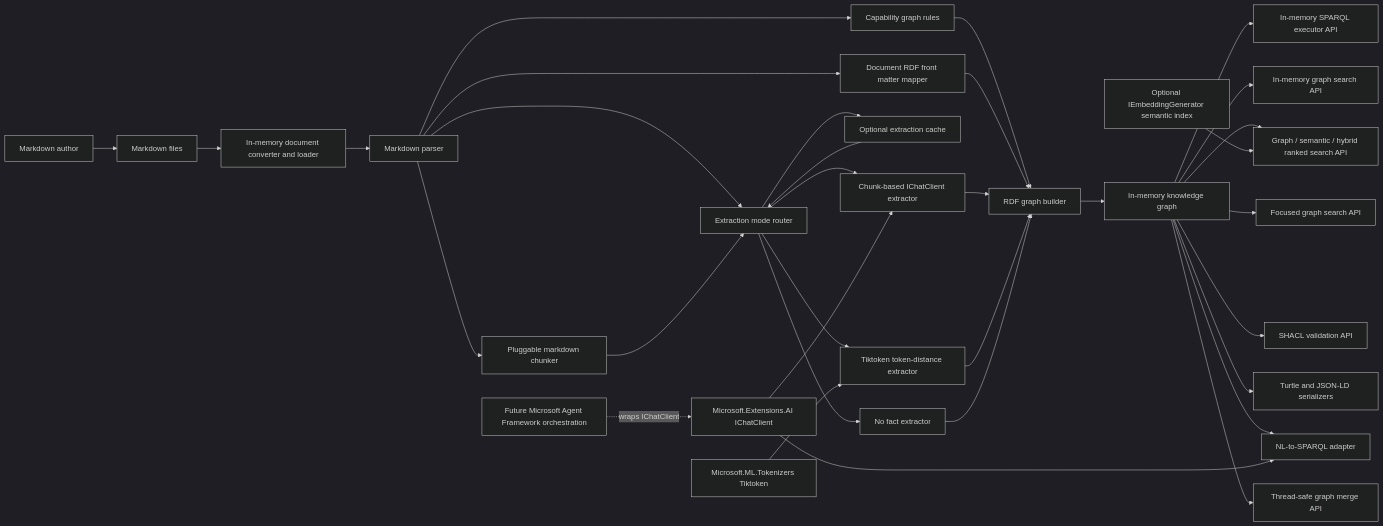
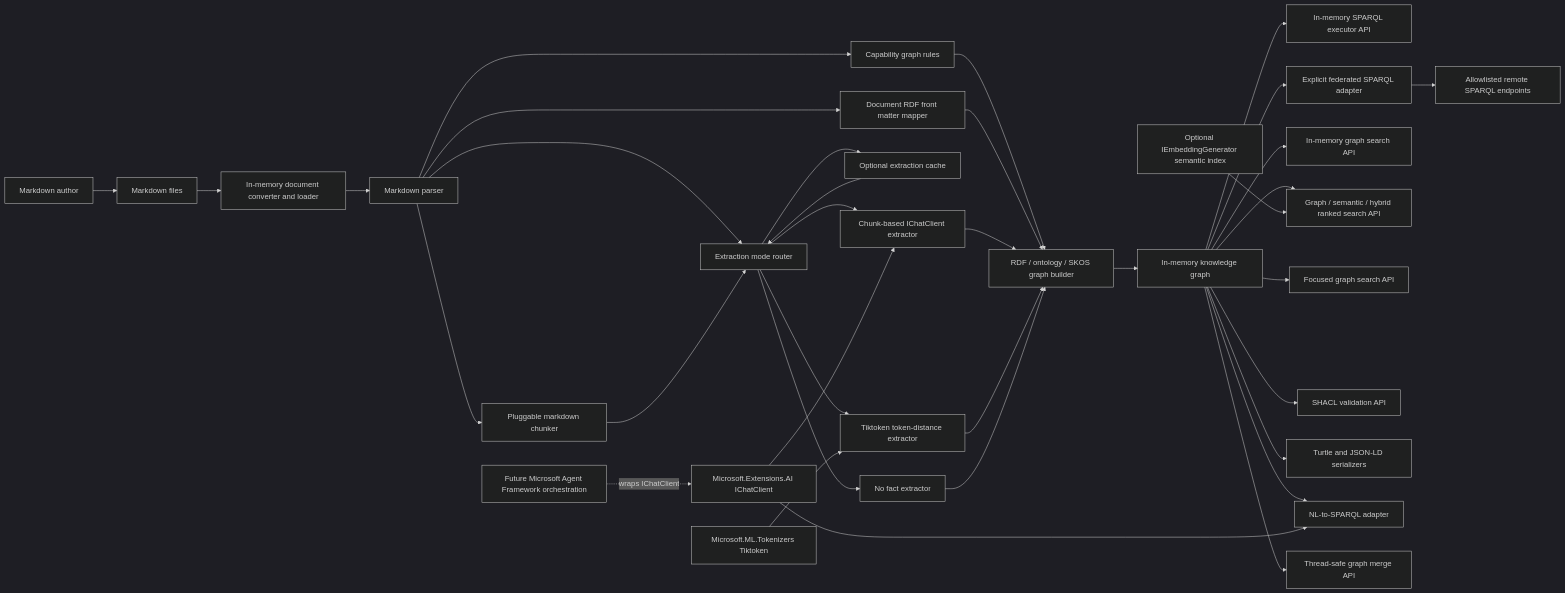
One commit to managedcode/markdown-ld-kb changed the first of 7 diagrams in docs/Architecture.md. Above: the diagram before and after it, drawn with Mermaid (dark theme). The commit also changed other lines of this file and 22 other files, not shown here.

Commit message:
federated-sparql-wikidata and ontology-skos-federated-graph

````diff
--- a/docs/Architecture.md
+++ b/docs/Architecture.md
@@ -17,35 +17,37 @@
 ```mermaid
 flowchart LR
     Author["Markdown author"] --> MarkdownFiles["Markdown files"]
     MarkdownFiles --> Loader["In-memory document converter and loader"]
     Loader --> Parser["Markdown parser"]
     Parser --> Chunker["Pluggable markdown chunker"]
     Parser --> Router["Extraction mode router"]
     Parser --> Rules["Capability graph rules"]
     Parser --> Metadata["Document RDF front matter mapper"]
     Chunker --> Router
     Router --> Cache["Optional extraction cache"]
     Router --> ChatExtractor["Chunk-based IChatClient extractor"]
     Router --> TokenExtractor["Tiktoken token-distance extractor"]
     Router --> NoExtractor["No fact extractor"]
     Cache --> Router
     Rules --> Builder
     Metadata --> Builder
-    ChatExtractor --> Builder["RDF graph builder"]
+    ChatExtractor --> Builder["RDF / ontology / SKOS graph builder"]
     TokenExtractor --> Builder
     NoExtractor --> Builder
     Builder --> Graph["In-memory knowledge graph"]
     Graph --> Sparql["In-memory SPARQL executor API"]
+    Graph --> Federated["Explicit federated SPARQL adapter"]
     Graph --> Search["In-memory graph search API"]
     Graph --> Ranked["Graph / semantic / hybrid ranked search API"]
     Graph --> Focused["Focused graph search API"]
     Graph --> Shacl["SHACL validation API"]
     Graph --> Serializers["Turtle and JSON-LD serializers"]
     Graph --> NlToSparql["NL-to-SPARQL adapter"]
     Graph --> Merge["Thread-safe graph merge API"]
+    Federated --> RemoteSparql["Allowlisted remote SPARQL endpoints"]
     Embedder["Optional IEmbeddingGenerator semantic index"] --> Ranked
     IChatClient["Microsoft.Extensions.AI IChatClient"] --> ChatExtractor
     IChatClient --> NlToSparql
     Tokenizer["Microsoft.ML.Tokenizers Tiktoken"] --> TokenExtractor
     AgentFramework["Future Microsoft Agent Framework orchestration"] -. "wraps IChatClient" .-> IChatClient
 ```
````
